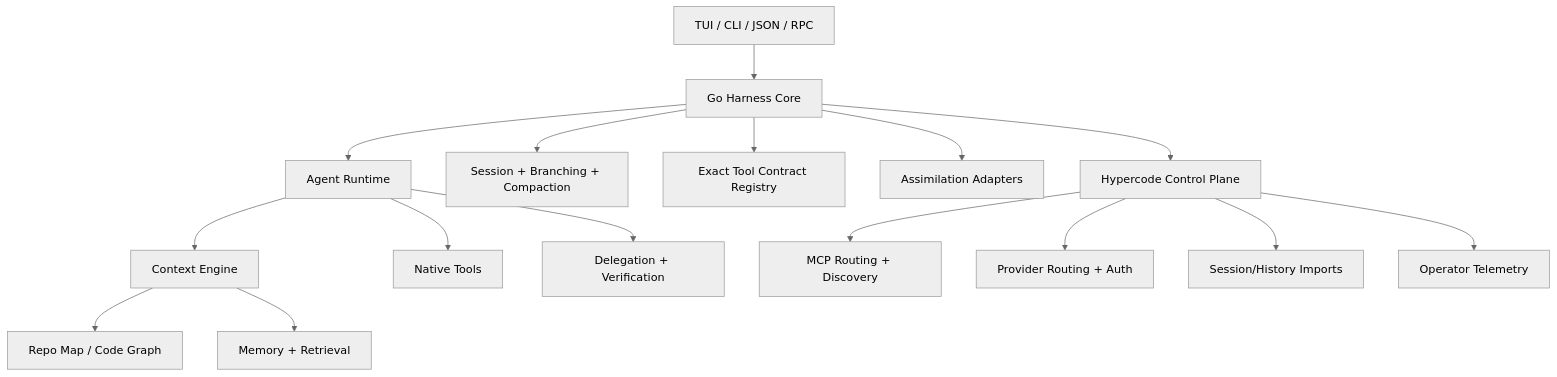
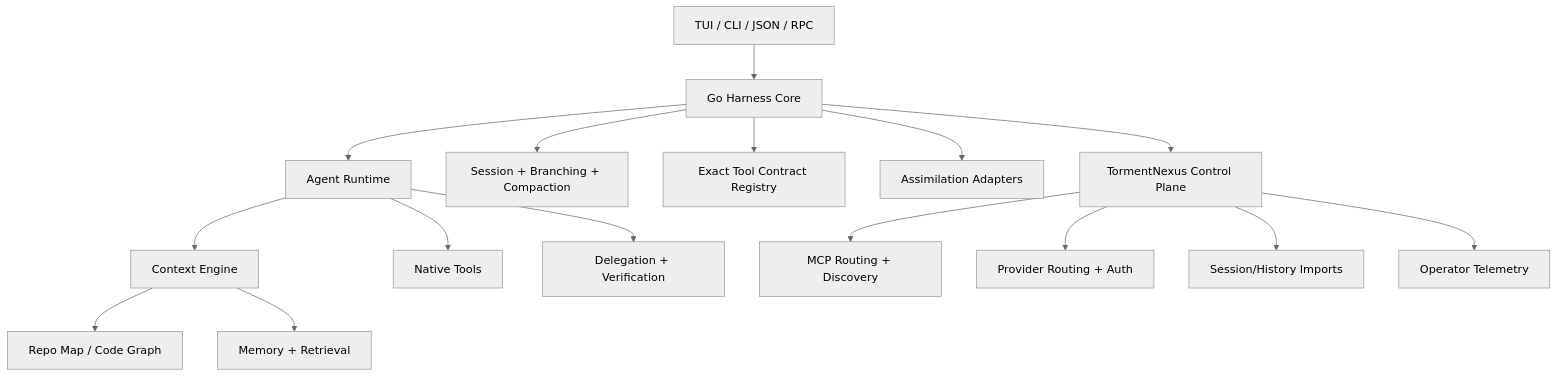
The diagram in docs/ai/design/go-foundation-assimilation.md (HyperNexusSoft/HyperNexus), drawn with Mermaid (neutral theme) before and after one commit. The commit also changed other lines of this file and 221 other files, not shown here.

````diff
--- a/docs/ai/design/go-foundation-assimilation.md
+++ b/docs/ai/design/go-foundation-assimilation.md
@@ -22,21 +22,21 @@
 ```mermaid
 flowchart TD
     UI[TUI / CLI / JSON / RPC] --> Harness[Go Harness Core]
     Harness --> Agent[Agent Runtime]
     Harness --> Sessions[Session + Branching + Compaction]
     Harness --> Compat[Exact Tool Contract Registry]
     Harness --> Adapters[Assimilation Adapters]
-    Harness --> HC[Hypercode Control Plane]
+    Harness --> HC[TormentNexus Control Plane]
 
     Agent --> Context[Context Engine]
     Agent --> Tools[Native Tools]
     Agent --> Delegation[Delegation + Verification]
 
     Context --> RepoMap[Repo Map / Code Graph]
     Context --> Memory[Memory + Retrieval]
 
     HC --> MCP[MCP Routing + Discovery]
     HC --> Providers[Provider Routing + Auth]
     HC --> Imports[Session/History Imports]
     HC --> Observability[Operator Telemetry]
 ```
````
